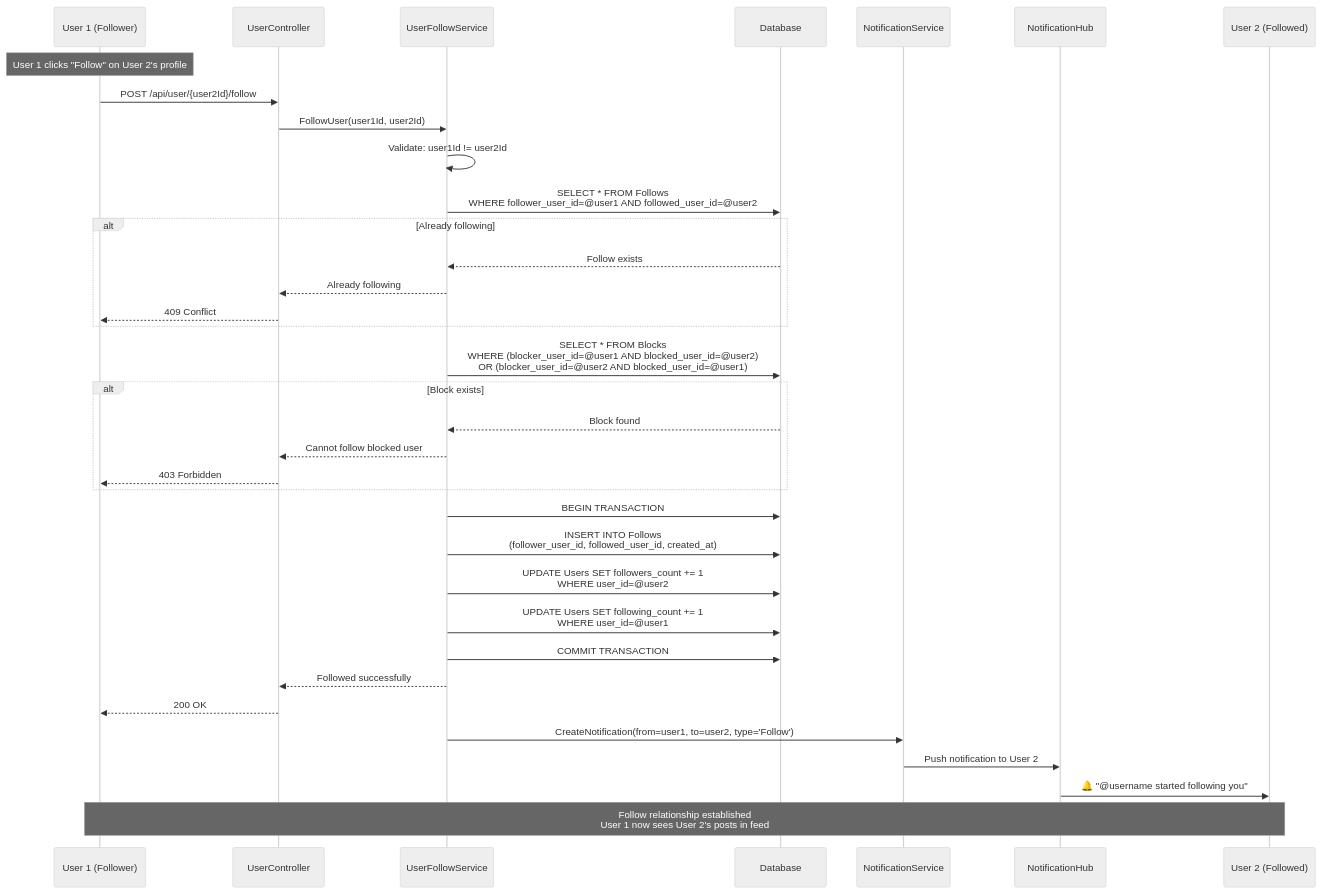
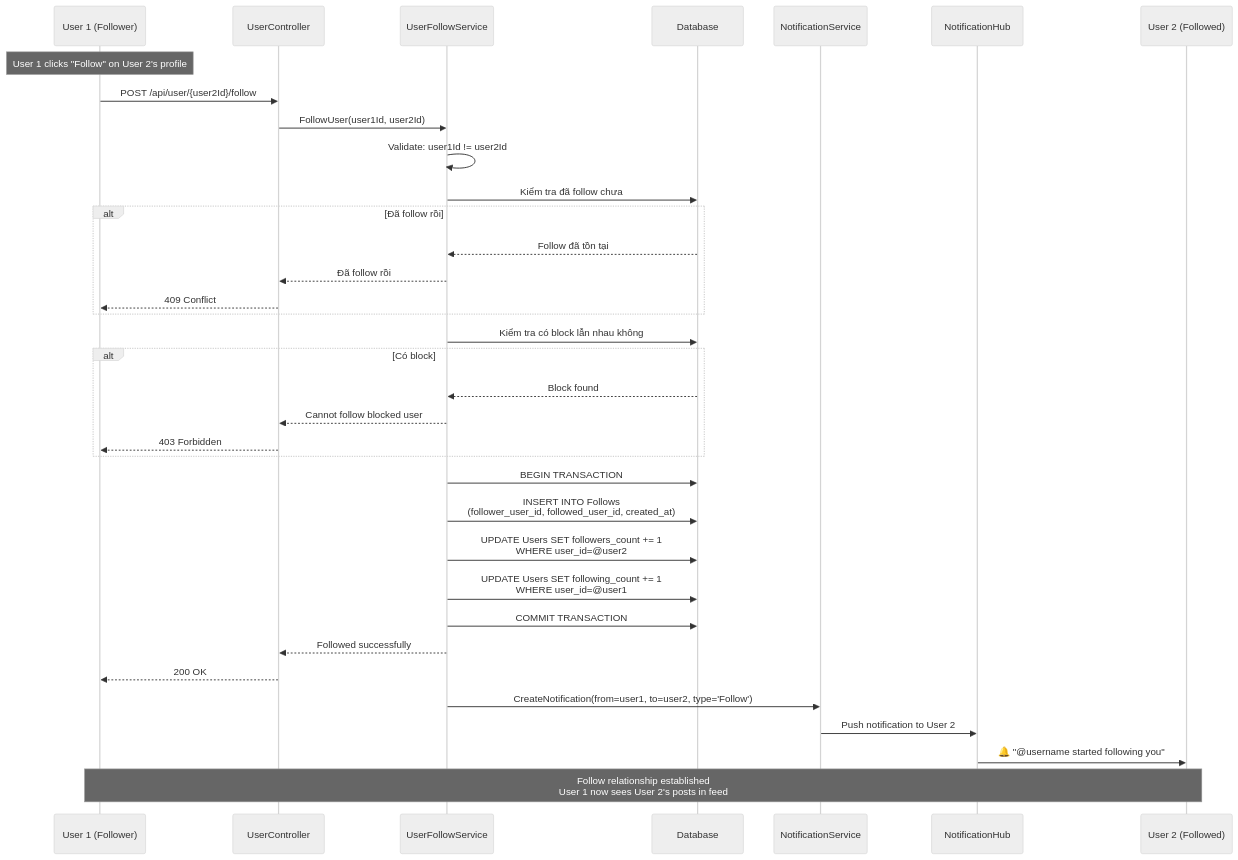
Diagram 22 of 49 in README.md (TranHoang2k40525/UngDungMangXaHoi), drawn with Mermaid (neutral theme) before and after one commit. The commit also changed other lines of this file, not shown here.

````diff
--- a/README.md
+++ b/README.md
@@ -2096,50 +2103,50 @@
 ```mermaid
 sequenceDiagram
     participant U1 as User 1 (Follower)
     participant API as UserController
     participant S as UserFollowService
     participant DB as Database
     participant NS as NotificationService
     participant Hub as NotificationHub
     participant U2 as User 2 (Followed)
     
     Note over U1: User 1 clicks "Follow" on User 2's profile
     
     U1->>API: POST /api/user/{user2Id}/follow
     API->>S: FollowUser(user1Id, user2Id)
     
     S->>S: Validate: user1Id != user2Id
     
-    S->>DB: SELECT * FROM Follows<br/>WHERE follower_user_id=@user1 AND followed_user_id=@user2
+    S->>DB: Kiểm tra đã follow chưa
     
-    alt Already following
-        DB-->>S: Follow exists
-        S-->>API: Already following
+    alt Đã follow rồi
+        DB-->>S: Follow đã tồn tại
+        S-->>API: Đã follow rồi
         API-->>U1: 409 Conflict
     end
     
-    S->>DB: SELECT * FROM Blocks<br/>WHERE (blocker_user_id=@user1 AND blocked_user_id=@user2)<br/>  OR (blocker_user_id=@user2 AND blocked_user_id=@user1)
+    S->>DB: Kiểm tra có block lẫn nhau không
     
-    alt Block exists
+    alt Có block
         DB-->>S: Block found
         S-->>API: Cannot follow blocked user
         API-->>U1: 403 Forbidden
     end
     
     S->>DB: BEGIN TRANSACTION
     S->>DB: INSERT INTO Follows<br/>(follower_user_id, followed_user_id, created_at)
     
     S->>DB: UPDATE Users SET followers_count += 1<br/>WHERE user_id=@user2
     S->>DB: UPDATE Users SET following_count += 1<br/>WHERE user_id=@user1
     
     S->>DB: COMMIT TRANSACTION
     
     S-->>API: Followed successfully
     API-->>U1: 200 OK
     
     S->>NS: CreateNotification(from=user1, to=user2, type='Follow')
     NS->>Hub: Push notification to User 2
     Hub->>U2: 🔔 "@username started following you"
     
     Note over U1,U2: Follow relationship established<br/>User 1 now sees User 2's posts in feed
 ```
````
